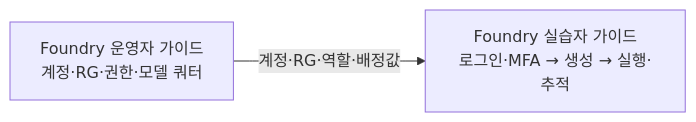
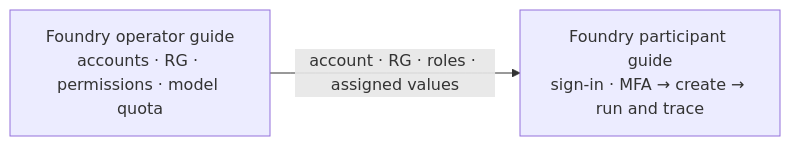
One commit to junwoojeong100/microsoft-foundry-ignite-2026 changed the diagram in README.md. Above: the diagram before and after it, drawn with Mermaid. The commit also changed other lines of this file and 2 other files, not shown here.

````diff
--- a/README.md
+++ b/README.md
@@ -39,4 +41,4 @@
 ```mermaid
 flowchart LR
-  O["Foundry 운영자 가이드<br/>계정·RG·권한·모델 쿼터"] -->|"계정·RG·역할·배정값"| P["Foundry 실습자 가이드<br/>로그인·MFA → 생성 → 실행·추적"]
+  O["Foundry operator guide<br/>accounts · RG · permissions · model quota"] -->|"account · RG · roles · assigned values"| P["Foundry participant guide<br/>sign-in · MFA → create → run and trace"]
 ```
````
